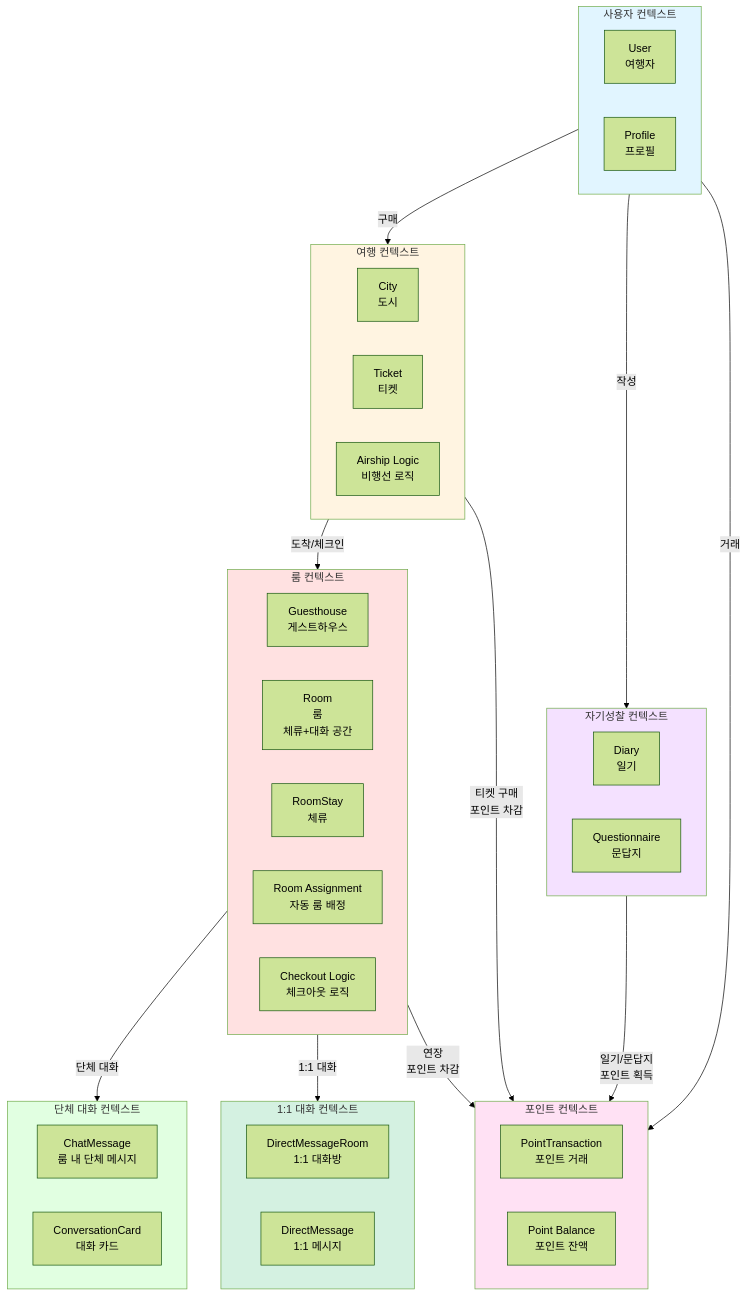
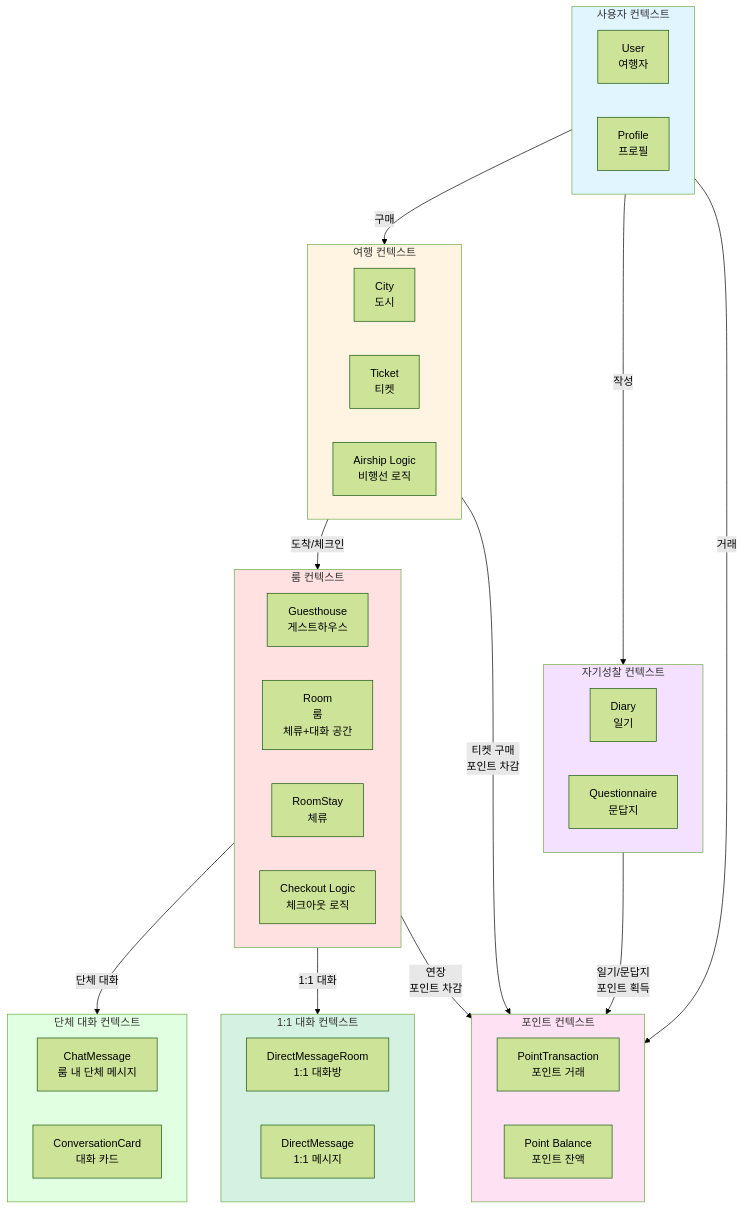
One commit to yuiyeong/bzero-api changed the first of 2 diagrams in docs/domain-model.md. Above: the diagram before and after it, drawn with Mermaid (forest theme). The commit also changed other lines of this file and 1 other file, not shown here.

````diff
--- a/docs/domain-model.md
+++ b/docs/domain-model.md
@@ -57,59 +57,58 @@
 ```mermaid
 graph TB
     subgraph UserContext[사용자 컨텍스트]
         User[User<br/>여행자]
         Profile[Profile<br/>프로필]
     end
 
     subgraph TravelContext[여행 컨텍스트]
         City[City<br/>도시]
         Ticket[Ticket<br/>티켓]
         Airship[Airship Logic<br/>비행선 로직]
     end
 
     subgraph RoomContext[룸 컨텍스트]
         Guesthouse[Guesthouse<br/>게스트하우스]
         Room[Room<br/>룸<br/>체류+대화 공간]
         RoomStay[RoomStay<br/>체류]
-        RoomAssignment[Room Assignment<br/>자동 룸 배정]
         Checkout[Checkout Logic<br/>체크아웃 로직]
     end
 
     subgraph ChatContext[단체 대화 컨텍스트]
         ChatMessage[ChatMessage<br/>룸 내 단체 메시지]
         ConversationCard[ConversationCard<br/>대화 카드]
     end
 
     subgraph DMContext[1:1 대화 컨텍스트]
         DMRoom[DirectMessageRoom<br/>1:1 대화방]
         DirectMessage[DirectMessage<br/>1:1 메시지]
     end
 
     subgraph ReflectionContext[자기성찰 컨텍스트]
         Diary[Diary<br/>일기]
         Questionnaire[Questionnaire<br/>문답지]
     end
 
     subgraph PointContext[포인트 컨텍스트]
         PointTransaction[PointTransaction<br/>포인트 거래]
         PointBalance[Point Balance<br/>포인트 잔액]
     end
 
     UserContext -->|구매| TravelContext
     TravelContext -->|도착/체크인| RoomContext
     RoomContext -->|단체 대화| ChatContext
     RoomContext -->|1:1 대화| DMContext
     UserContext -->|작성| ReflectionContext
     UserContext -->|거래| PointContext
     TravelContext -->|티켓 구매<br/>포인트 차감| PointContext
     RoomContext -->|연장<br/>포인트 차감| PointContext
     ReflectionContext -->|일기/문답지<br/>포인트 획득| PointContext
 
     style UserContext fill:#e1f5ff
     style TravelContext fill:#fff4e1
     style RoomContext fill:#ffe1e1
     style ChatContext fill:#e1ffe1
     style DMContext fill:#d4f1e1
     style ReflectionContext fill:#f4e1ff
     style PointContext fill:#ffe1f4
 ```
````
